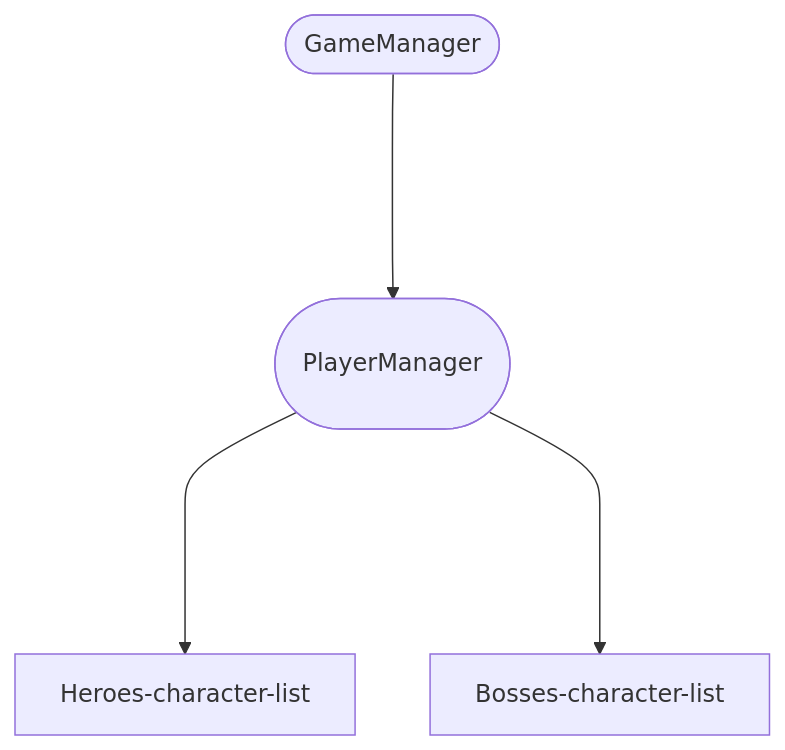
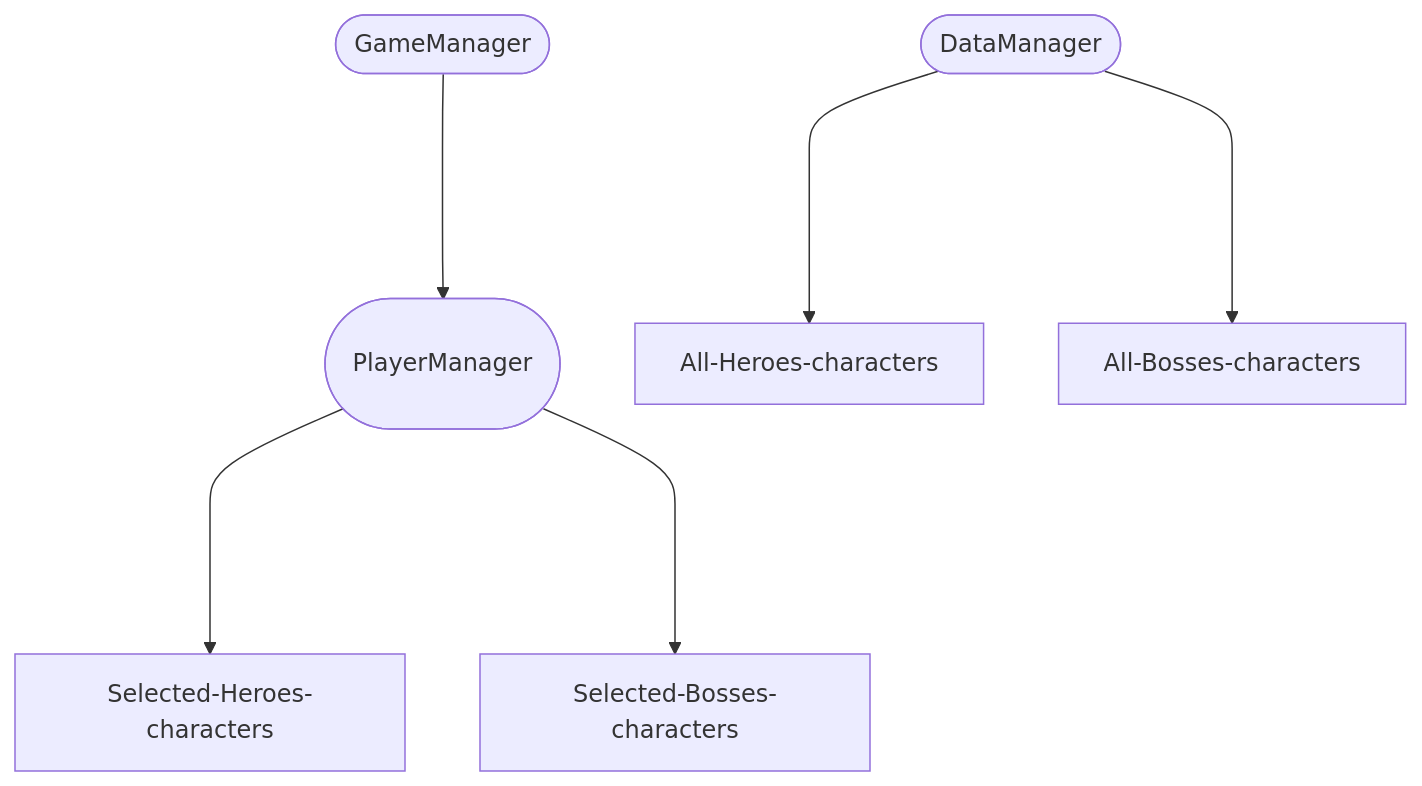
The first of 2 diagrams in .github/Readme.md (r0nd0ud0u/lib-rpg), drawn with Mermaid before and after one commit. The commit also changed other lines of this file and 99 other files, not shown here.

````diff
--- a/.github/Readme.md
+++ b/.github/Readme.md
@@ -23,12 +26,17 @@
 ```mermaid
 
 flowchart TB
 
+DataManager([DataManager])
 GameManager([GameManager])
 PlayerManager([<br>PlayerManager<br><br>])
 
 GameManager-- <br> ---->PlayerManager
-PlayerManager-- <br> ---->Heroes-character-list
-PlayerManager-- <br> ---->Bosses-character-list
+
+DataManager-- <br> ---->All-Heroes-characters
+DataManager-- <br> ---->All-Bosses-characters
+
+PlayerManager-- <br> ---->Selected-Heroes-characters
+PlayerManager-- <br> ---->Selected-Bosses-characters
 
 ```
````
